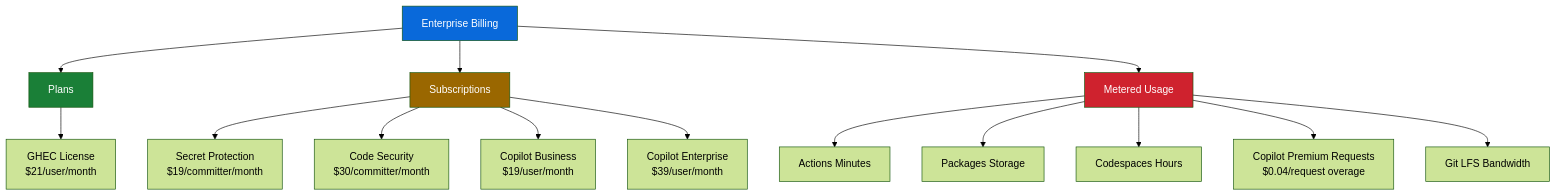
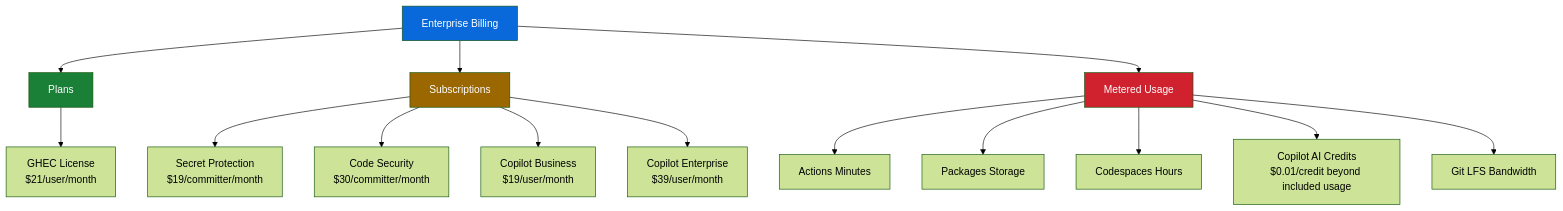
One commit to johnhain-msft/gh-abcs-admin changed the first of 3 diagrams in docs/19-licenses-billing.md. Above: the diagram before and after it, drawn with Mermaid (forest theme). The commit also changed other lines of this file and 19 other files, not shown here.

````diff
--- a/docs/19-licenses-billing.md
+++ b/docs/19-licenses-billing.md
@@ -140,24 +140,24 @@
 ```mermaid
 flowchart TD
     A[Enterprise Billing] --> B[Plans]
     A --> C[Subscriptions]
     A --> D[Metered Usage]
 
     B --> B1[GHEC License<br/>$21/user/month]
 
     C --> C1[Secret Protection<br/>$19/committer/month]
     C --> C2[Code Security<br/>$30/committer/month]
     C --> C3[Copilot Business<br/>$19/user/month]
     C --> C4[Copilot Enterprise<br/>$39/user/month]
 
     D --> D1[Actions Minutes]
     D --> D2[Packages Storage]
     D --> D3[Codespaces Hours]
-    D --> D4[Copilot Premium Requests<br/>$0.04/request overage]
+    D --> D4[Copilot AI Credits<br/>$0.01/credit beyond included usage]
     D --> D5[Git LFS Bandwidth]
 
     style A fill:#0969da,color:#fff
     style B fill:#1a7f37,color:#fff
     style C fill:#9a6700,color:#fff
     style D fill:#cf222e,color:#fff
 ```
````
